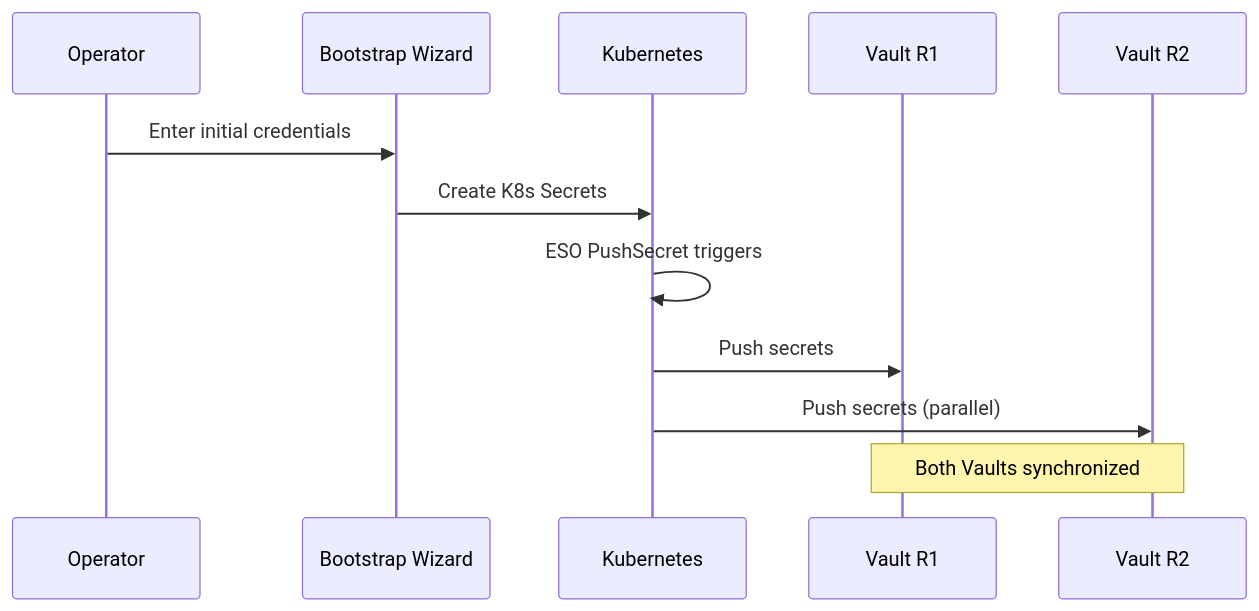
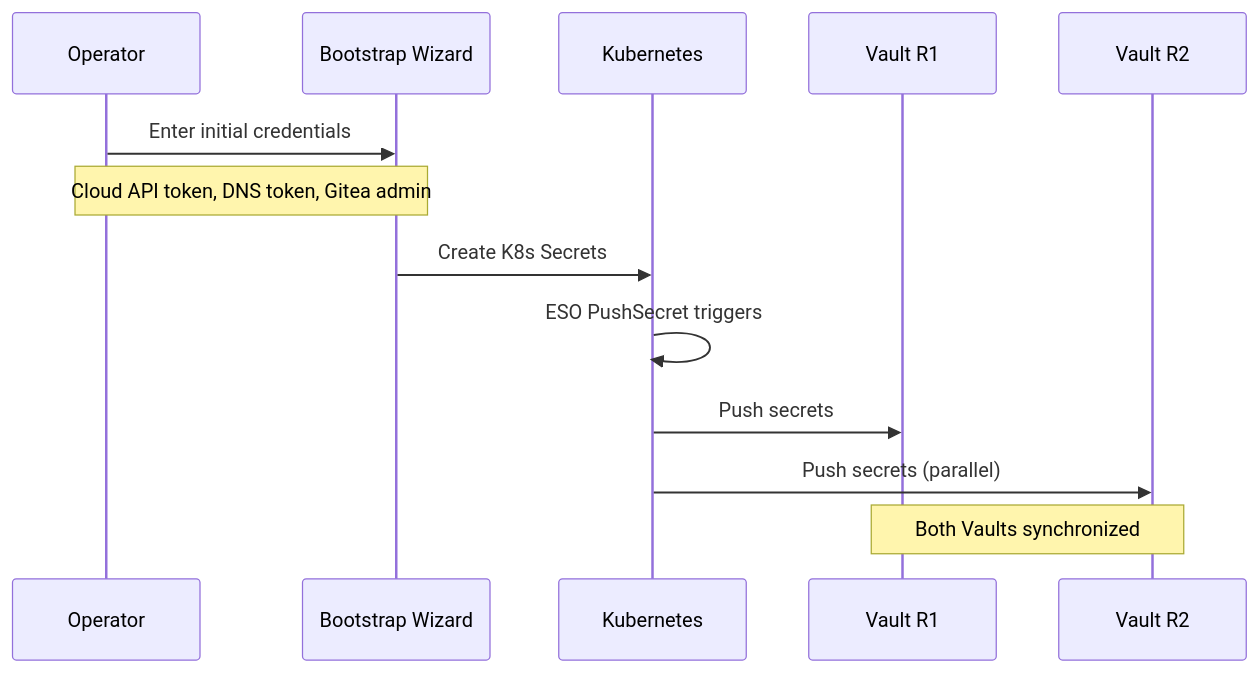
Before and after one commit to openova-io/external-secrets: the second of 3 diagrams in docs/ADR-SECRETS-MANAGEMENT.md, drawn with Mermaid. The commit also changed other lines of this file and 1 other file, not shown here.

First line of the commit message:
docs: update secrets management for Gitea and no SOPS

````diff
--- a/docs/ADR-SECRETS-MANAGEMENT.md
+++ b/docs/ADR-SECRETS-MANAGEMENT.md
@@ -63,15 +64,16 @@
 ```mermaid
 sequenceDiagram
     participant Op as Operator
     participant Wiz as Bootstrap Wizard
     participant K8s as Kubernetes
     participant V1 as Vault R1
     participant V2 as Vault R2
 
     Op->>Wiz: Enter initial credentials
+    Note over Op,Wiz: Cloud API token, DNS token, Gitea admin
     Wiz->>K8s: Create K8s Secrets
     K8s->>K8s: ESO PushSecret triggers
     K8s->>V1: Push secrets
     K8s->>V2: Push secrets (parallel)
     Note over V1,V2: Both Vaults synchronized
 ```
````
